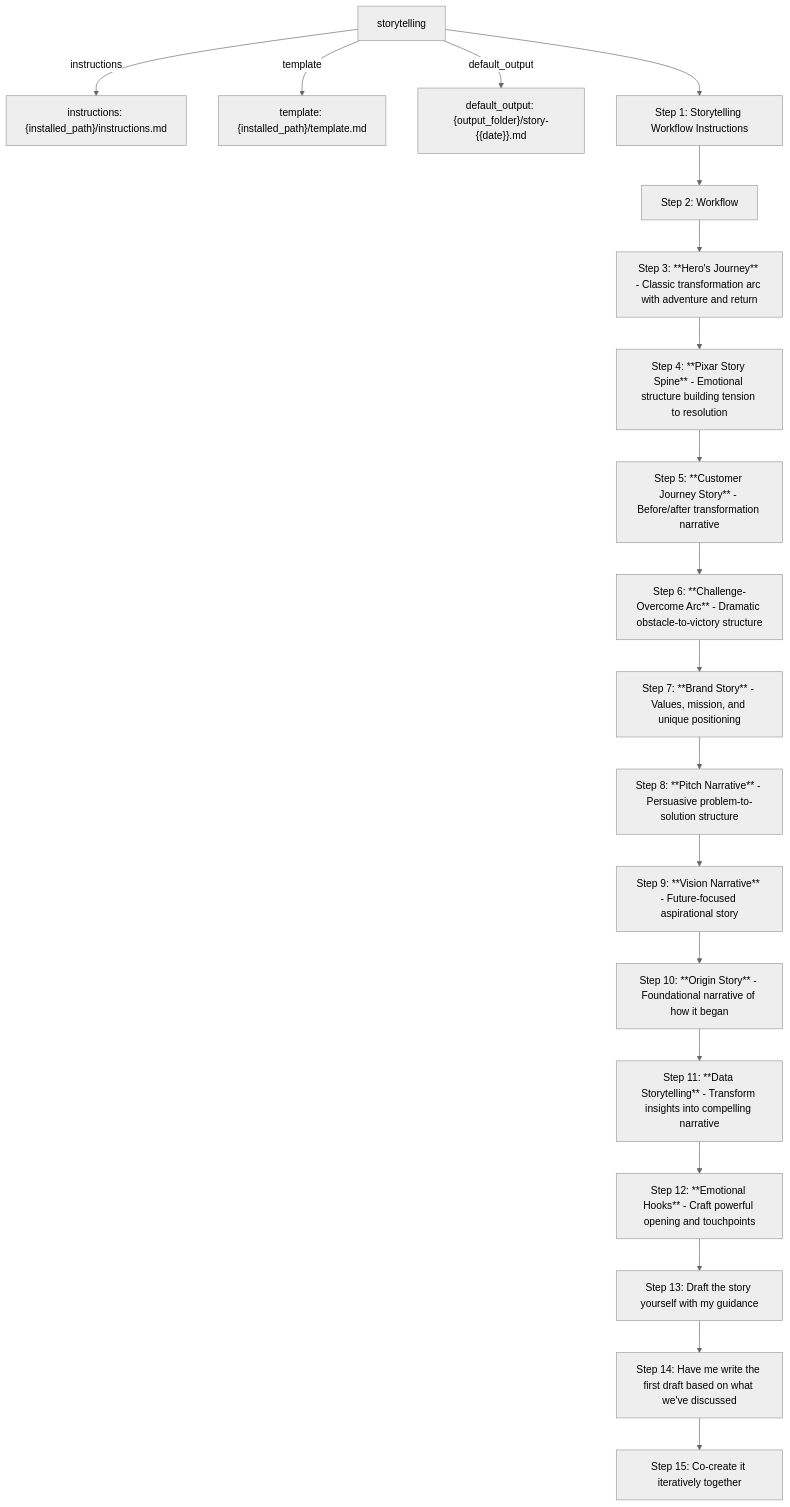
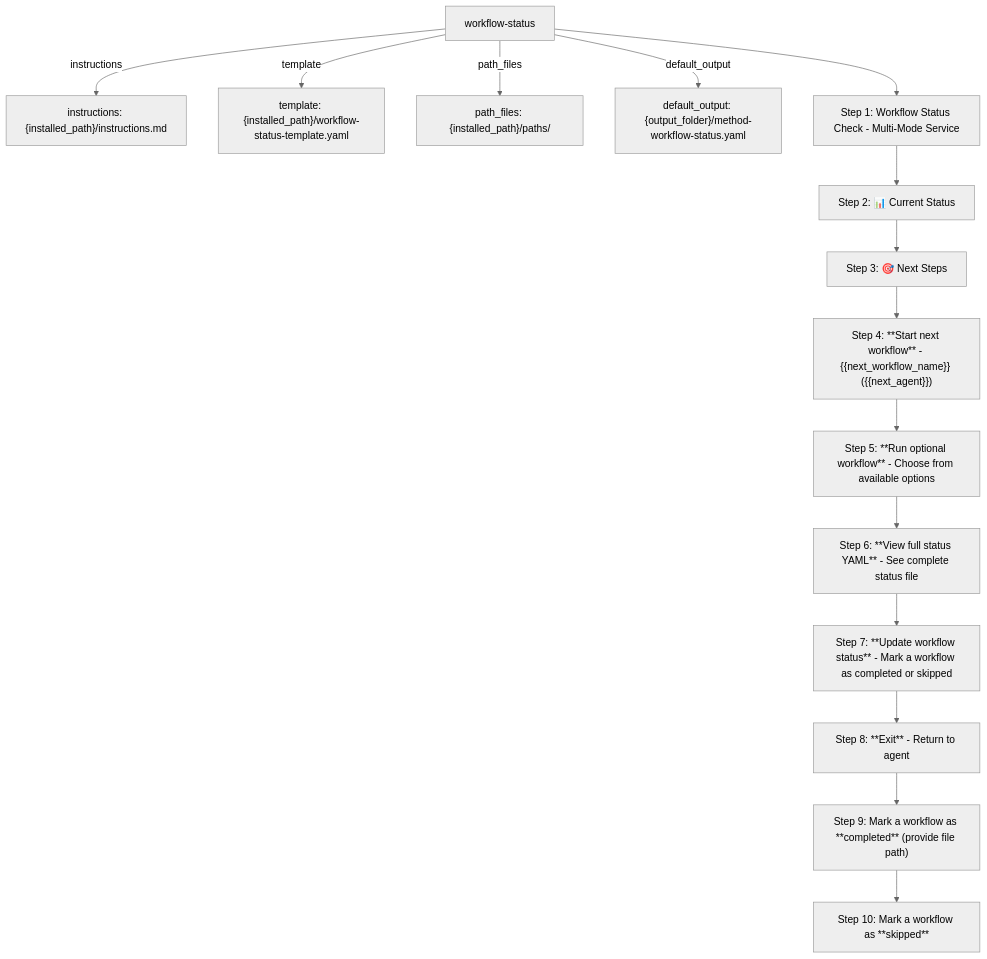
The diagram in docs/workflow-diagrams/workflows/workflow.md (bogdaniel/aegis-codex), drawn with Mermaid (neutral theme) before and after one commit. The commit also changed other lines of this file and 1339 other files, not shown here.

````diff
--- a/docs/workflow-diagrams/workflows/workflow.md
+++ b/docs/workflow-diagrams/workflows/workflow.md
@@ -3,40 +3,32 @@
 ```mermaid
 flowchart TD
-  storytelling["storytelling"]
+  workflow_status["workflow-status"]
   instructions__installed_path__instructions_md["instructions: {installed_path}/instructions.md"]
-  template__installed_path__template_md["template: {installed_path}/template.md"]
-  default_output__output_folder__story___date___md["default_output: {output_folder}/story-{{date}}.md"]
-  step_1_instructions_md["Step 1: Storytelling Workflow Instructions"]
-  step_2_instructions_md["Step 2: Workflow"]
-  step_3_instructions_md["Step 3: **Hero's Journey** - Classic transformation arc with adventure and return"]
-  step_4_instructions_md["Step 4: **Pixar Story Spine** - Emotional structure building tension to resolution"]
-  step_5_instructions_md["Step 5: **Customer Journey Story** - Before/after transformation narrative"]
-  step_6_instructions_md["Step 6: **Challenge-Overcome Arc** - Dramatic obstacle-to-victory structure"]
-  step_7_instructions_md["Step 7: **Brand Story** - Values, mission, and unique positioning"]
-  step_8_instructions_md["Step 8: **Pitch Narrative** - Persuasive problem-to-solution structure"]
-  step_9_instructions_md["Step 9: **Vision Narrative** - Future-focused aspirational story"]
-  step_10_instructions_md["Step 10: **Origin Story** - Foundational narrative of how it began"]
-  step_11_instructions_md["Step 11: **Data Storytelling** - Transform insights into compelling narrative"]
-  step_12_instructions_md["Step 12: **Emotional Hooks** - Craft powerful opening and touchpoints"]
-  step_13_instructions_md["Step 13: Draft the story yourself with my guidance"]
-  step_14_instructions_md["Step 14: Have me write the first draft based on what we've discussed"]
-  step_15_instructions_md["Step 15: Co-create it iteratively together"]
-  storytelling -->|instructions| instructions__installed_path__instructions_md
-  storytelling -->|template| template__installed_path__template_md
-  storytelling -->|default_output| default_output__output_folder__story___date___md
-  storytelling --> step_1_instructions_md
+  template__installed_path__workflow_status_templa["template: {installed_path}/workflow-status-template.yaml"]
+  path_files__installed_path__paths_["path_files: {installed_path}/paths/"]
+  default_output__output_folder__method_workflow_s["default_output: {output_folder}/method-workflow-status.yaml"]
+  step_1_instructions_md["Step 1: Workflow Status Check - Multi-Mode Service"]
+  step_2_instructions_md["Step 2: 📊 Current Status"]
+  step_3_instructions_md["Step 3: 🎯 Next Steps"]
+  step_4_instructions_md["Step 4: **Start next workflow** - {{next_workflow_name}} ({{next_agent}})"]
+  step_5_instructions_md["Step 5: **Run optional workflow** - Choose from available options"]
+  step_6_instructions_md["Step 6: **View full status YAML** - See complete status file"]
+  step_7_instructions_md["Step 7: **Update workflow status** - Mark a workflow as completed or skipped"]
+  step_8_instructions_md["Step 8: **Exit** - Return to agent"]
+  step_9_instructions_md["Step 9: Mark a workflow as **completed** (provide file path)"]
+  step_10_instructions_md["Step 10: Mark a workflow as **skipped**"]
+  workflow_status -->|instructions| instructions__installed_path__instructions_md
+  workflow_status -->|template| template__installed_path__workflow_status_templa
+  workflow_status -->|path_files| path_files__installed_path__paths_
+  workflow_status -->|default_output| default_output__output_folder__method_workflow_s
+  workflow_status --> step_1_instructions_md
   step_1_instructions_md --> step_2_instructions_md
   step_2_instructions_md --> step_3_instructions_md
   step_3_instructions_md --> step_4_instructions_md
   step_4_instructions_md --> step_5_instructions_md
   step_5_instructions_md --> step_6_instructions_md
   step_6_instructions_md --> step_7_instructions_md
   step_7_instructions_md --> step_8_instructions_md
   step_8_instructions_md --> step_9_instructions_md
   step_9_instructions_md --> step_10_instructions_md
-  step_10_instructions_md --> step_11_instructions_md
-  step_11_instructions_md --> step_12_instructions_md
-  step_12_instructions_md --> step_13_instructions_md
-  step_13_instructions_md --> step_14_instructions_md
-  step_14_instructions_md --> step_15_instructions_md
 ```
````
